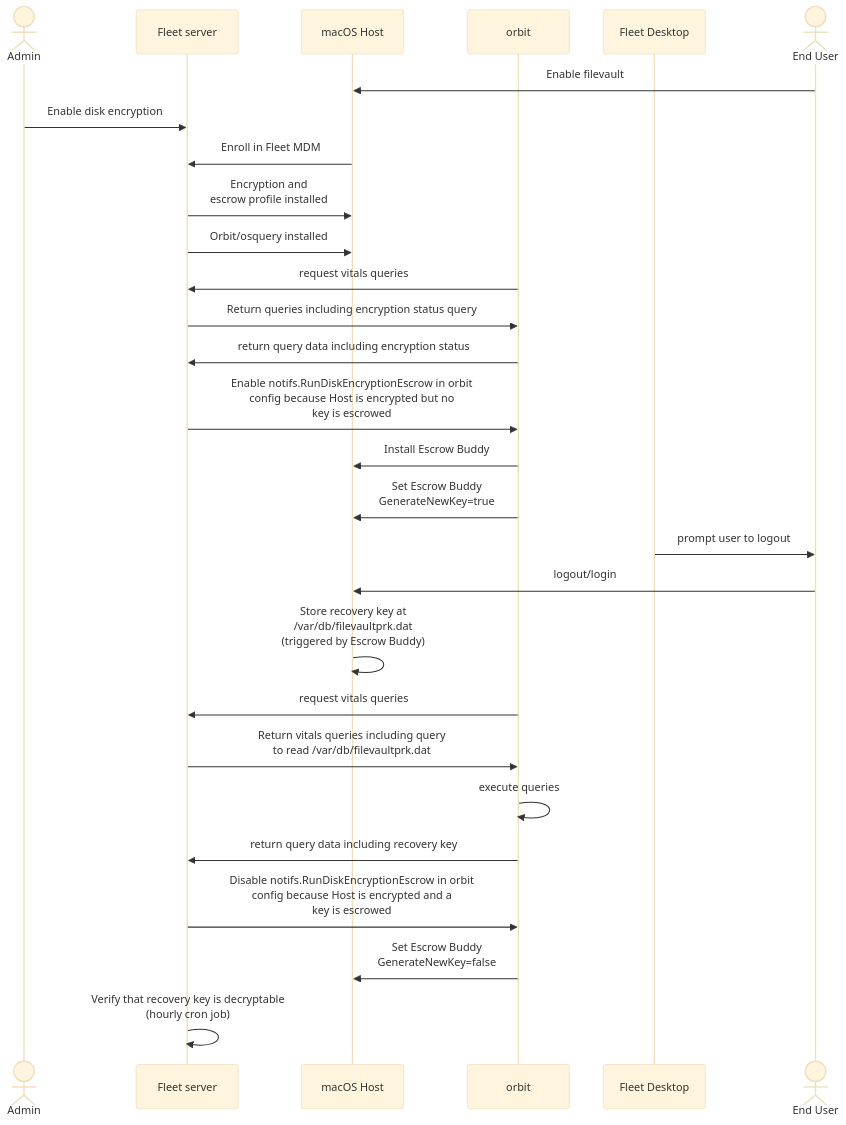
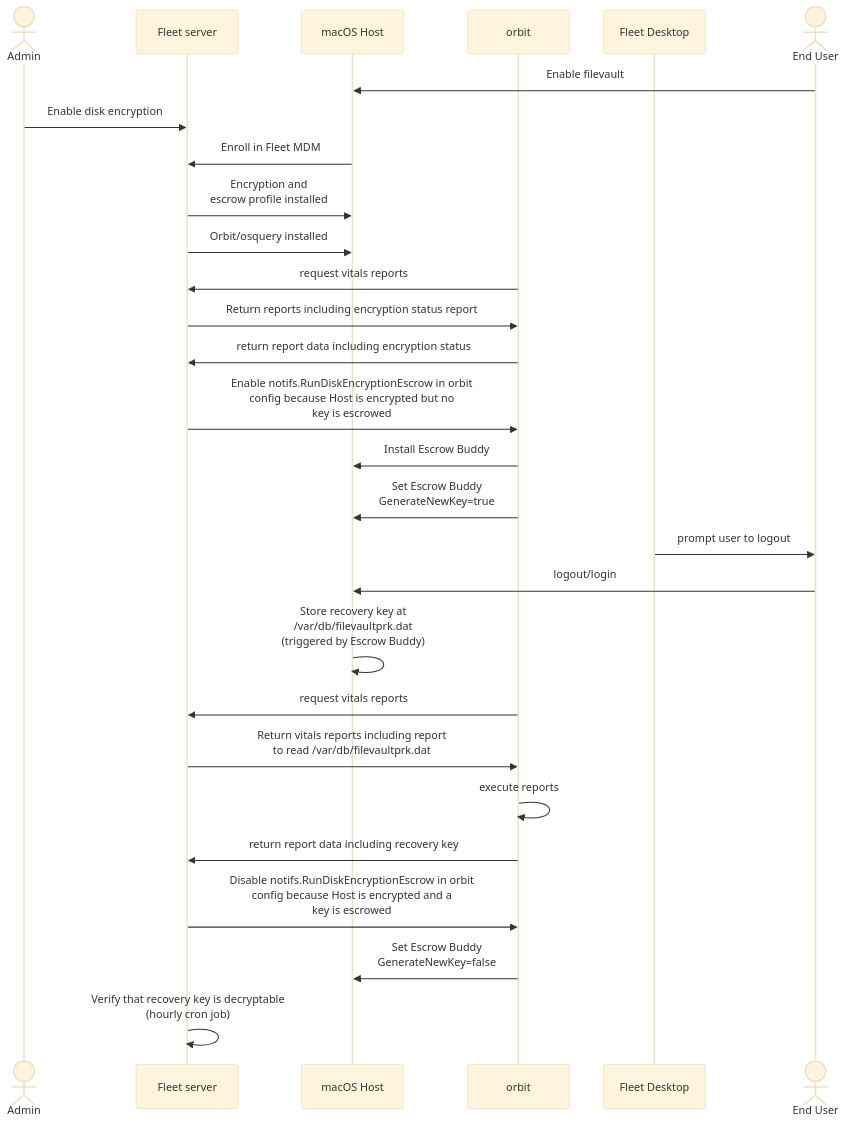
Before and after one commit to fleetdm/fleet: the second of 4 diagrams in docs/Contributing/architecture/mdm/disk-encryption.md, drawn with Mermaid (base theme). The commit also changed other lines of this file and 48 other files, not shown here.

First line of the commit message:
Update reference docs for teams→fleets and queries→reports rename

````diff
--- a/docs/Contributing/architecture/mdm/disk-encryption.md
+++ b/docs/Contributing/architecture/mdm/disk-encryption.md
@@ -69,30 +69,30 @@
 ```mermaid
 sequenceDiagram
         actor Admin
         participant fleet as Fleet server
         participant host as macOS Host
         participant fleetd as orbit
         participant desktop as Fleet Desktop
         actor user as End User
         user->>host: Enable filevault
         Admin->>fleet: Enable disk encryption
         host->>fleet: Enroll in Fleet MDM
         fleet->>host: Encryption and<br>escrow profile installed
         fleet->>host: Orbit/osquery installed
-        fleetd->>fleet: request vitals queries
-        fleet->>fleetd: Return queries including encryption status query
-        fleetd->>fleet: return query data including encryption status
+        fleetd->>fleet: request vitals reports
+        fleet->>fleetd: Return reports including encryption status report
+        fleetd->>fleet: return report data including encryption status
         fleet->>fleetd: Enable notifs.RunDiskEncryptionEscrow in orbit<br>config because Host is encrypted but no<br>key is escrowed
         fleetd->>host: Install Escrow Buddy
         fleetd->>host: Set Escrow Buddy<br>GenerateNewKey=true
         desktop->>user: prompt user to logout
         user->>host: logout/login
         host->>host: Store recovery key at <br>/var/db/filevaultprk.dat<br>(triggered by Escrow Buddy)
-        fleetd->>fleet: request vitals queries
-        fleet->>fleetd: Return vitals queries including query<br>to read /var/db/filevaultprk.dat
-        fleetd->>fleetd: execute queries
-        fleetd->>fleet: return query data including recovery key
+        fleetd->>fleet: request vitals reports
+        fleet->>fleetd: Return vitals reports including report<br>to read /var/db/filevaultprk.dat
+        fleetd->>fleetd: execute reports
+        fleetd->>fleet: return report data including recovery key
         fleet->>fleetd: Disable notifs.RunDiskEncryptionEscrow in orbit<br>config because Host is encrypted and a<br>key is escrowed
         fleetd->>host: Set Escrow Buddy<br>GenerateNewKey=false
         fleet->>fleet: Verify that recovery key is decryptable<br>(hourly cron job)
 ```
````
